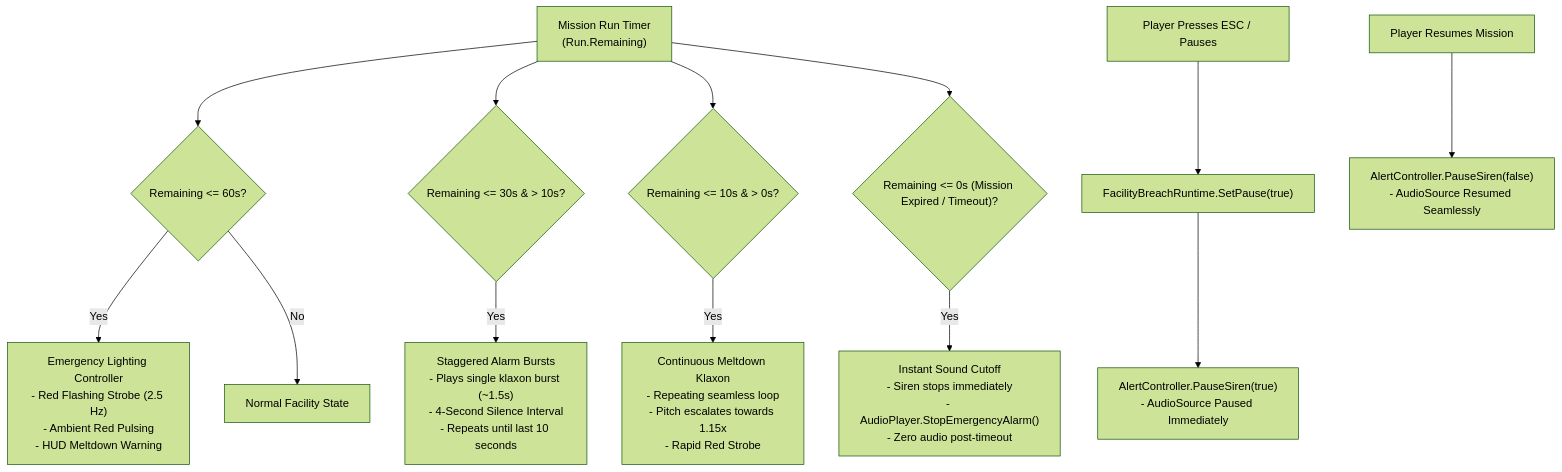
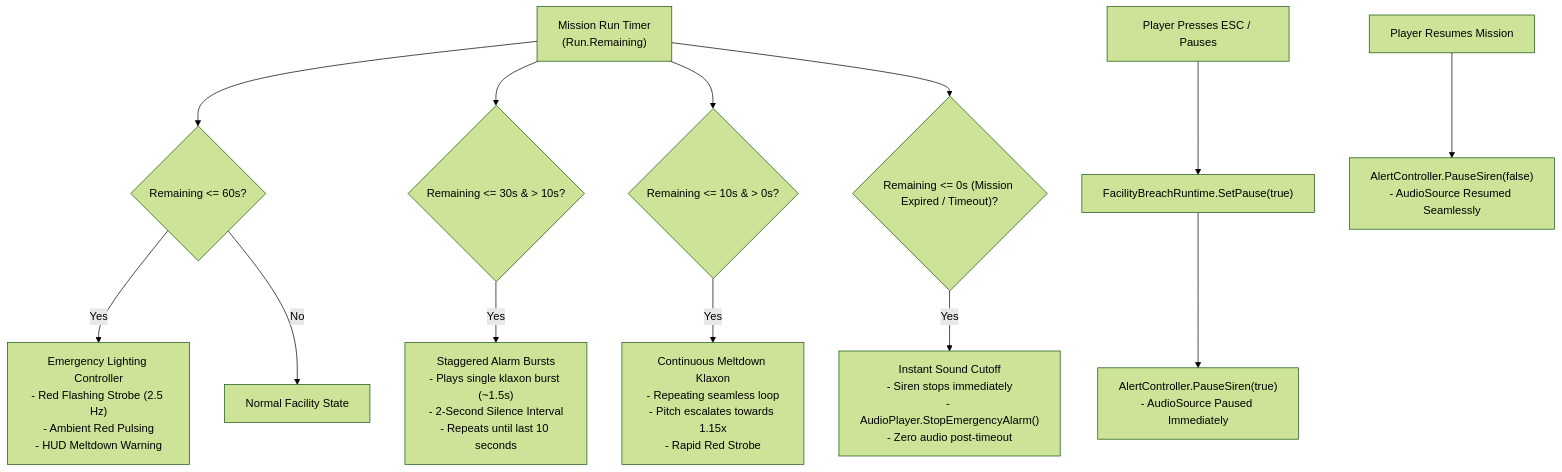
One commit to Kunchana-Wijesinghe/Interactive-3D-Shooting-Game-GV-IS changed the fifth of 5 diagrams in docs/individual/IT24102587_GV_Part2_README.md. Above: the diagram before and after it, drawn with Mermaid (forest theme). The commit also changed other lines of this file, not shown here.

Commit message:
docs(gv): update technical report with 2s silence gap between alarm bursts

````diff
--- a/docs/individual/IT24102587_GV_Part2_README.md
+++ b/docs/individual/IT24102587_GV_Part2_README.md
@@ -1188,19 +1188,19 @@
 ```mermaid
 graph TD
     Timer["Mission Run Timer<br/>(Run.Remaining)"] --> Check60{"Remaining <= 60s?"}
     Check60 -- Yes --> RedStrobe["Emergency Lighting Controller<br/>- Red Flashing Strobe (2.5 Hz)<br/>- Ambient Red Pulsing<br/>- HUD Meltdown Warning"]
     Check60 -- No --> NormalState["Normal Facility State"]
 
     Timer --> Check30{"Remaining <= 30s & > 10s?"}
-    Check30 -- Yes --> KlaxonInterval["Staggered Alarm Bursts<br/>- Plays single klaxon burst (~1.5s)<br/>- 4-Second Silence Interval<br/>- Repeats until last 10 seconds"]
+    Check30 -- Yes --> KlaxonInterval["Staggered Alarm Bursts<br/>- Plays single klaxon burst (~1.5s)<br/>- 2-Second Silence Interval<br/>- Repeats until last 10 seconds"]
 
     Timer --> Check10{"Remaining <= 10s & > 0s?"}
     Check10 -- Yes --> KlaxonContinuous["Continuous Meltdown Klaxon<br/>- Repeating seamless loop<br/>- Pitch escalates towards 1.15x<br/>- Rapid Red Strobe"]
 
     Timer --> Check0{"Remaining <= 0s (Mission Expired / Timeout)?"}
     Check0 -- Yes --> KlaxonHalt["Instant Sound Cutoff<br/>- Siren stops immediately<br/>- AudioPlayer.StopEmergencyAlarm()<br/>- Zero audio post-timeout"]
 
     EscKey["Player Presses ESC / Pauses"] --> PauseSync["FacilityBreachRuntime.SetPause(true)"]
     PauseSync --> AlertPause["AlertController.PauseSiren(true)<br/>- AudioSource Paused Immediately"]
     ResumeKey["Player Resumes Mission"] --> AlertResume["AlertController.PauseSiren(false)<br/>- AudioSource Resumed Seamlessly"]
 ```
````
